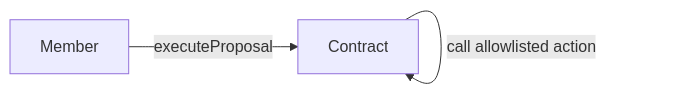
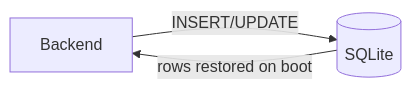
The tenth of 10 diagrams in docs/CORE_FLOW_DOCS.MD (templ-fun/templ-evm-protocol), drawn with Mermaid before and after one commit. The commit also changed other lines of this file and 83 other files, not shown here.

````diff
--- a/docs/CORE_FLOW_DOCS.MD
+++ b/docs/CORE_FLOW_DOCS.MD
@@ -156,5 +142,5 @@
 ```mermaid
 flowchart LR
-    M[Member] -->|executeProposal| C[Contract]
-    C -->|call allowlisted action| C
+    B[Backend] -->|INSERT/UPDATE| D[(SQLite)]
+    D -->|rows restored on boot| B
 ```
````
